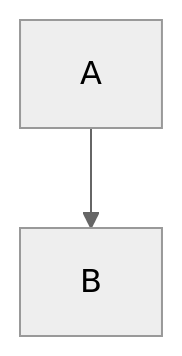
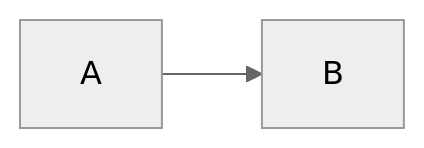
One commit to foresta/blog.foresta.me changed the first of 3 diagrams in content/posts/support_mermaid.md. Above: the diagram before and after it, drawn with Mermaid (neutral theme). The commit also changed other lines of this file and 4 other files, not shown here.

```diff
--- a/content/posts/support_mermaid.md
+++ b/content/posts/support_mermaid.md
@@ -13,4 +16,4 @@
 {{< mermaid >}}
-graph TD;
+graph LR;
     A-->B;
 {{< /mermaid >}}
```
